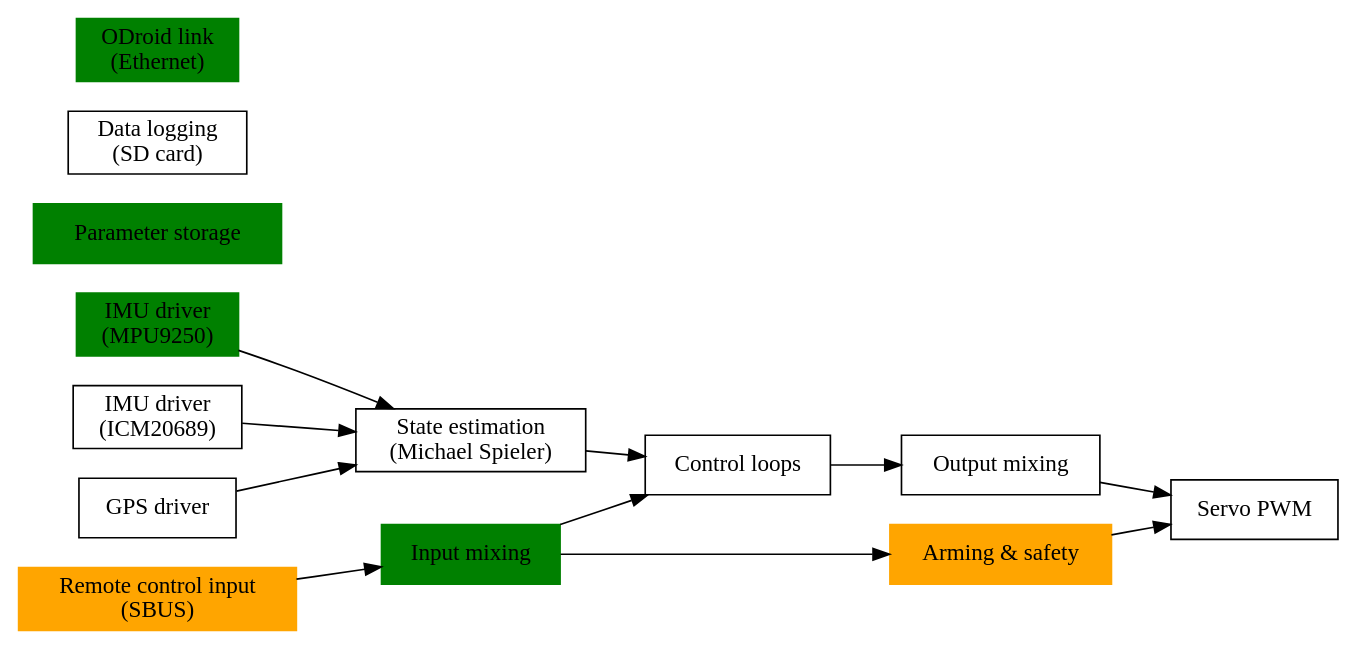
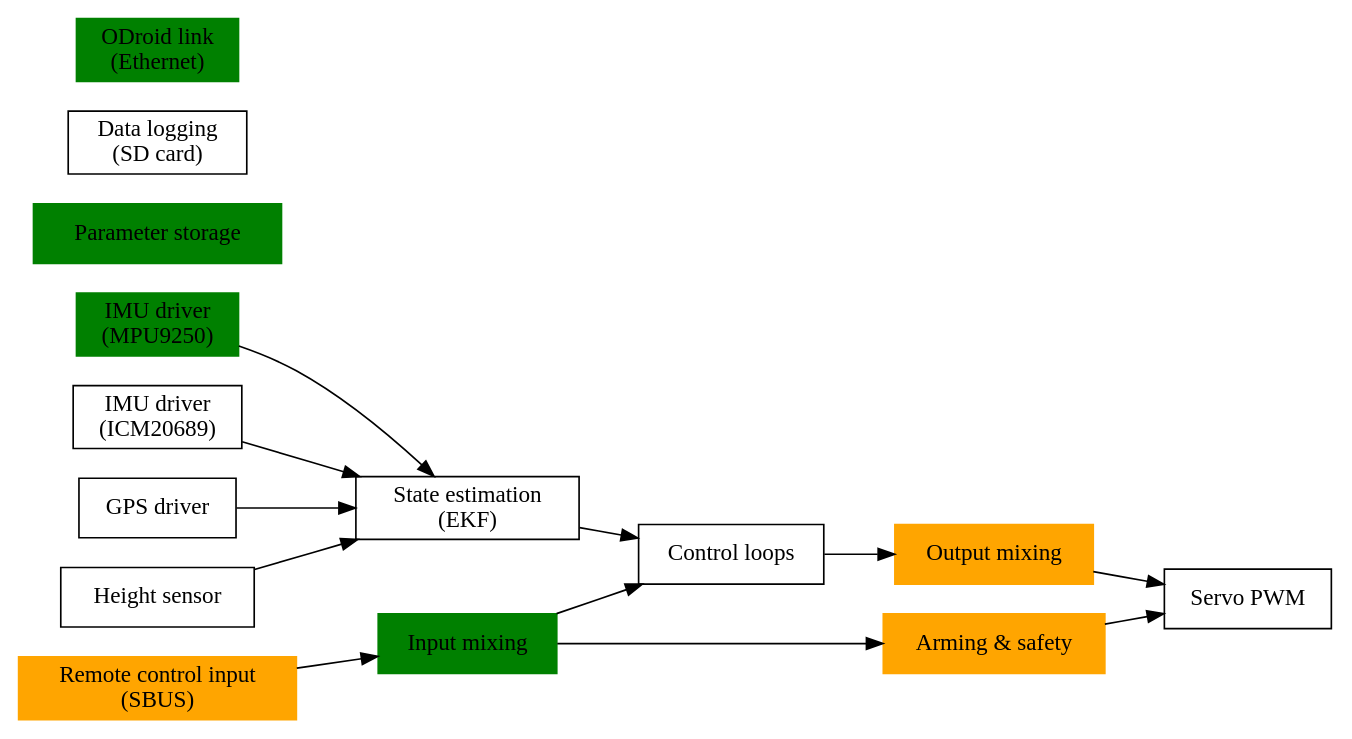
Before and after one commit to HydrocontestEPFL/autopilot-firmware: the diagram in doc/information_flow.dot, drawn with Graphviz.

Commit message:
Update information flow diagram

```diff
--- a/doc/information_flow.dot
+++ b/doc/information_flow.dot
@@ -1,28 +1,30 @@
 digraph Flow {
     rankdir = LR;
     node [shape="box"];
     mpu9250_driver [style=filled, color="green", label="IMU driver\n(MPU9250)"]
     icm20689_driver [label="IMU driver\n(ICM20689)"]
     gps_driver [label="GPS driver"]
     parameter [label="Parameter storage", style=filled, color="green"];
     data_logging [label="Data logging\n(SD card)"];
     rc_input [label="Remote control input\n(SBUS)", style="filled", color="orange"];
     ethernet [label="ODroid link\n(Ethernet)", style="filled", color="green"];
     input_mapping [label="Input mixing", style="filled", color="green"];
-    state_estimation [label="State estimation\n(Michael Spieler)"];
+    state_estimation [label="State estimation\n(EKF)"];
     controller [label="Control loops"];
-    mixer [label="Output mixing"];
+    mixer [label="Output mixing", style="filled", color="orange"];
+    height_sensor [label="Height sensor"];
     safety [label="Arming & safety", style="filled", color="orange"];
     output_pwm [label="Servo PWM"];
 
     rc_input -> input_mapping;
+    height_sensor -> state_estimation;
     gps_driver -> state_estimation;
     mpu9250_driver -> state_estimation;
     icm20689_driver -> state_estimation;
     state_estimation -> controller;
     input_mapping -> controller;
     input_mapping -> safety;
     safety -> output_pwm;
     controller -> mixer;
     mixer -> output_pwm;
 }
```
